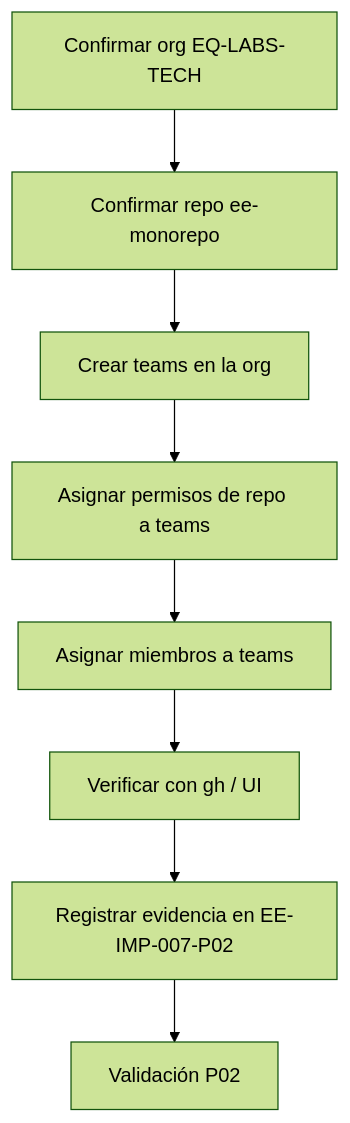
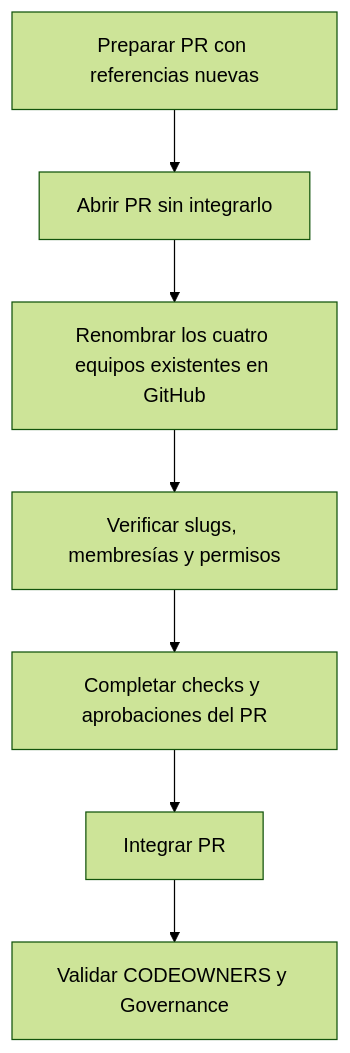
One commit to EQ-LABS-TECH/ee-monorepo changed the diagram in docs/developer/EE-IMP-007-P02_Access_and_Organization_Governance.md. Above: the diagram before and after it, drawn with Mermaid (forest theme). The commit also changed other lines of this file and 31 other files, not shown here.

Commit message:
chore(governance): prepare GitHub team slug migration (#57)

````diff
--- a/docs/developer/EE-IMP-007-P02_Access_and_Organization_Governance.md
+++ b/docs/developer/EE-IMP-007-P02_Access_and_Organization_Governance.md
@@ -141,10 +143,9 @@
 ```mermaid
 flowchart TD
-    A["Confirmar org EQ-LABS-TECH"] --> B["Confirmar repo ee-monorepo"]
-    B --> C["Crear teams en la org"]
-    C --> D["Asignar permisos de repo a teams"]
-    D --> E["Asignar miembros a teams"]
-    E --> F["Verificar con gh / UI"]
-    F --> G["Registrar evidencia en EE-IMP-007-P02"]
-    G --> H["Validación P02"]
+    A["Preparar PR con referencias nuevas"] --> B["Abrir PR sin integrarlo"]
+    B --> C["Renombrar los cuatro equipos existentes en GitHub"]
+    C --> D["Verificar slugs, membresías y permisos"]
+    D --> E["Completar checks y aprobaciones del PR"]
+    E --> F["Integrar PR"]
+    F --> G["Validar CODEOWNERS y Governance"]
 ```
````
